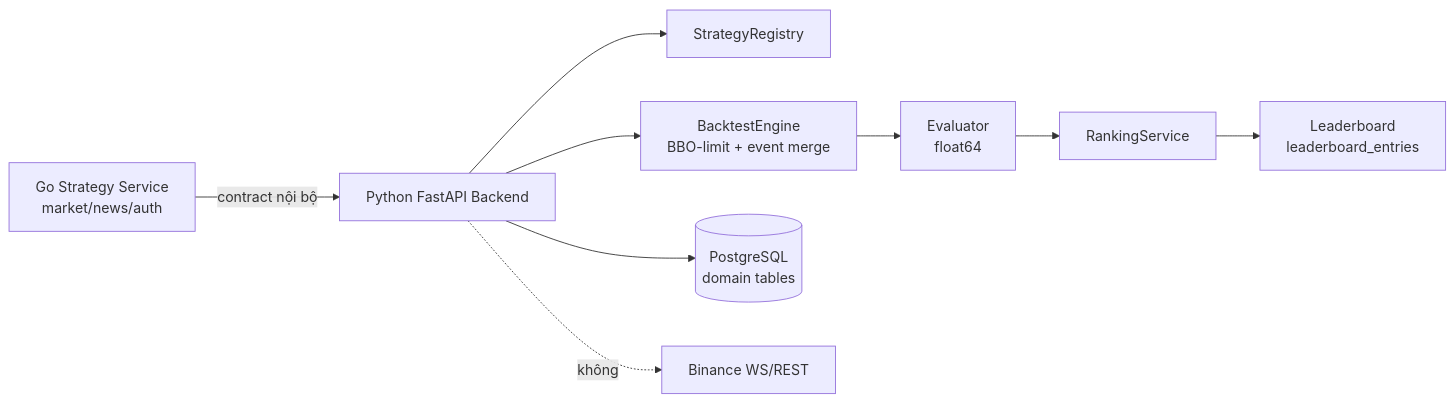
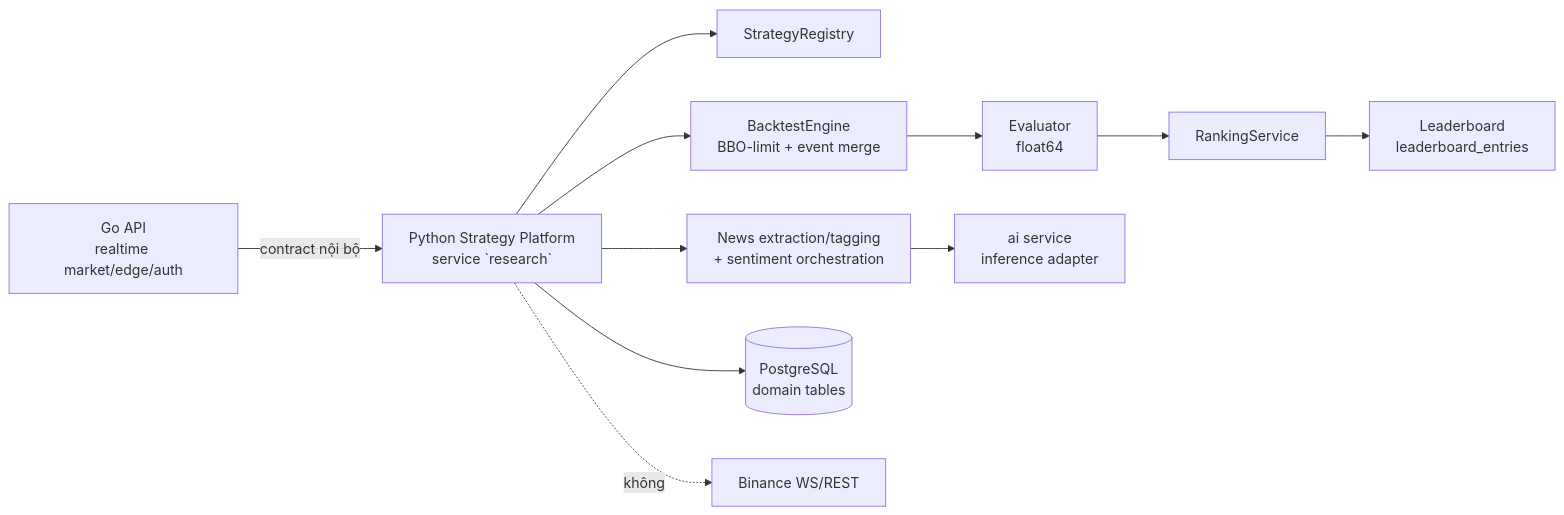
One commit to EnsoTech-Studio/CryptoBot changed the diagram in blueprint/specs/python-research.md. Above: the diagram before and after it, drawn with Mermaid. The commit also changed other lines of this file and 139 other files, not shown here.

````diff
--- a/blueprint/specs/python-research.md
+++ b/blueprint/specs/python-research.md
@@ -78,11 +83,13 @@
 ```mermaid
 flowchart LR
-    GO[Go Strategy Service<br/>market/news/auth] -->|contract nội bộ| FB[Python FastAPI Backend]
+    GO[Go API<br/>realtime market/edge/auth] -->|contract nội bộ| FB[Python Strategy Platform<br/>service `research`]
     FB --> REG[StrategyRegistry]
     FB --> BE[BacktestEngine<br/>BBO-limit + event merge]
     BE --> EV[Evaluator<br/>float64]
     EV --> RK[RankingService]
     RK --> LB[Leaderboard<br/>leaderboard_entries]
+    FB --> NEWS[News extraction/tagging<br/>+ sentiment orchestration]
+    NEWS --> AI[ai service<br/>inference adapter]
     FB --> DB[(PostgreSQL<br/>domain tables)]
     FB -. "không" .-> X[Binance WS/REST]
 ```
````
